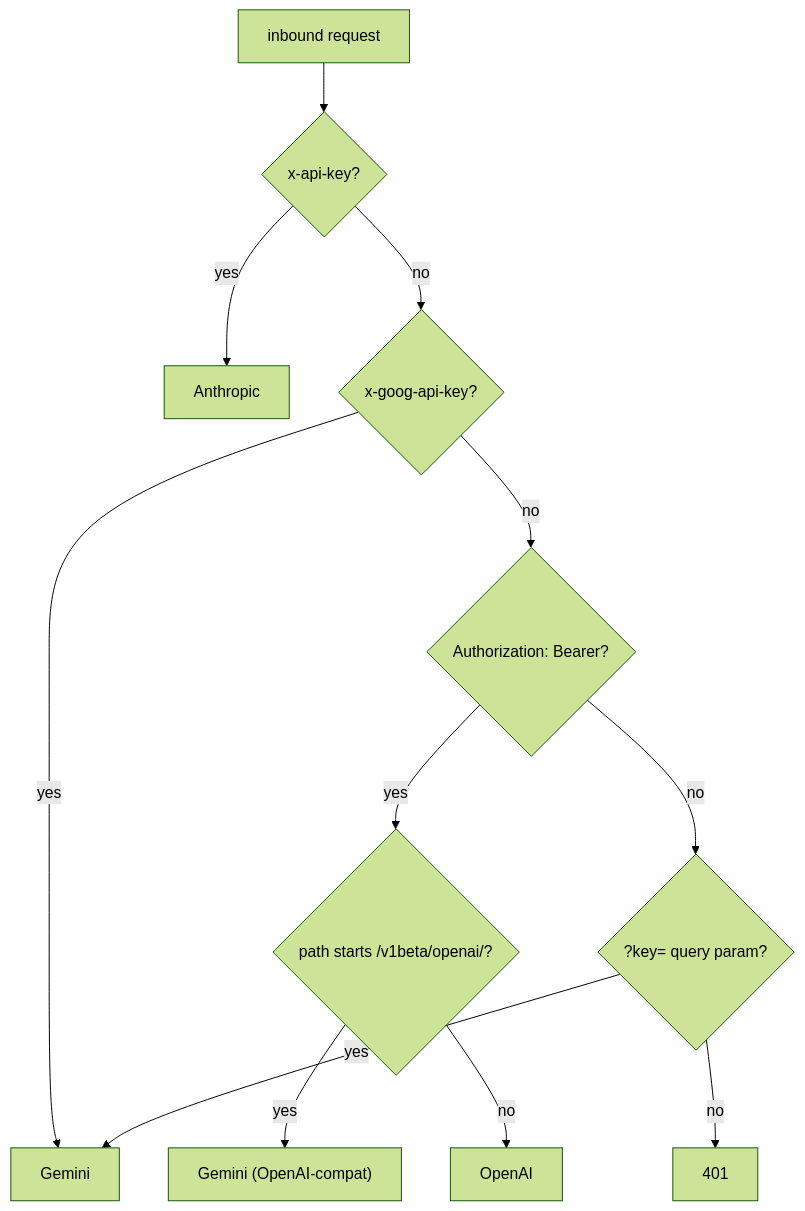
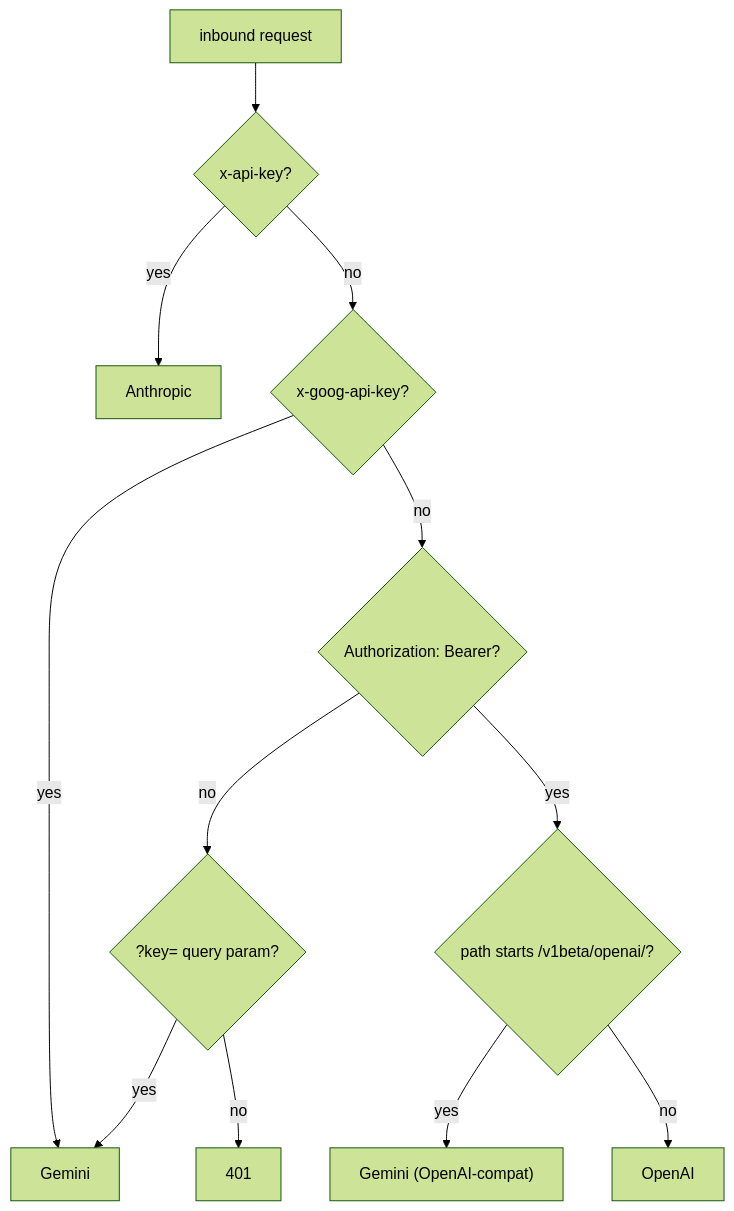
The diagram in docs/learnings/provider-routing-by-auth-header.md (Bug-Finderr/api-proxy), drawn with Mermaid (forest theme) before and after one commit. The commit also changed other lines of this file and 13 other files, not shown here.

First line of the commit message:
docs: consumer-first README, dedupe across docs, diagrams into architecture

````diff
--- a/docs/learnings/provider-routing-by-auth-header.md
+++ b/docs/learnings/provider-routing-by-auth-header.md
@@ -20,14 +11,14 @@
 ```mermaid
 flowchart TD
     R[inbound request] --> A{"x-api-key?"}
     A -- yes --> ANT[Anthropic]
     A -- no --> B{"x-goog-api-key?"}
     B -- yes --> GEM[Gemini]
     B -- no --> C{"Authorization: Bearer?"}
+    C -- no --> D{"?key= query param?"}
+    D -- yes --> GEM
+    D -- no --> E[401]
     C -- yes --> P{"path starts /v1beta/openai/?"}
     P -- yes --> GO["Gemini (OpenAI-compat)"]
     P -- no --> OAI[OpenAI]
-    C -- no --> D{"?key= query param?"}
-    D -- yes --> GEM
-    D -- no --> E[401]
 ```
````
